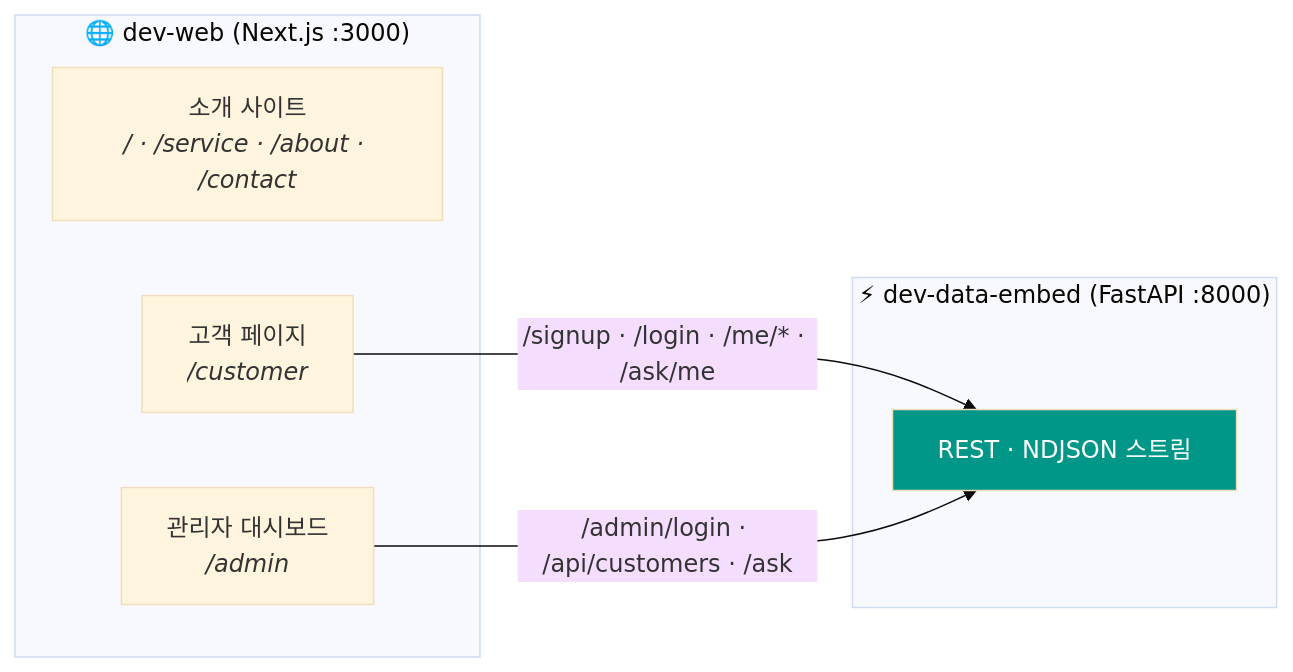
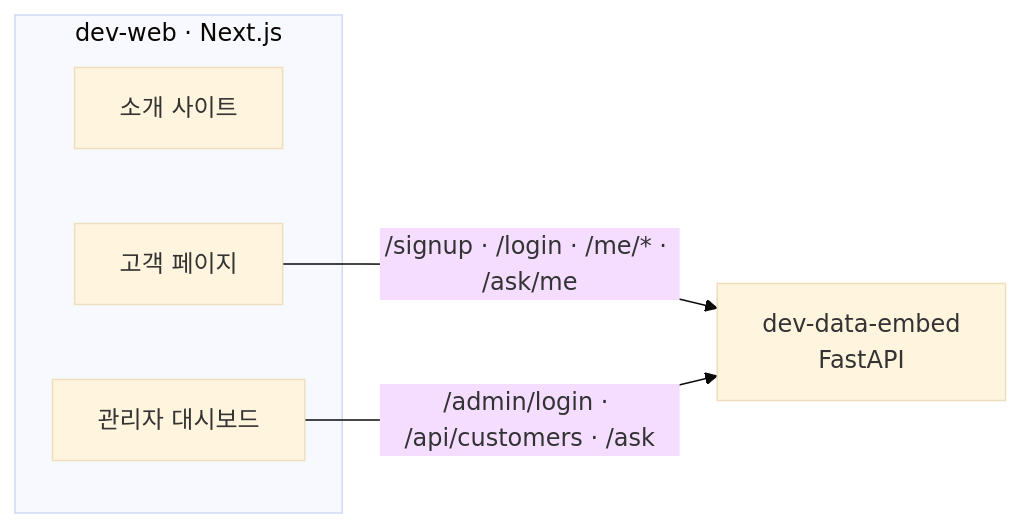
Before and after one commit to TodayWhatDish/dev-web: the diagram in README.md, drawn with Mermaid (base theme). The commit also changed other lines of this file and 4 other files, not shown here.

````diff
--- a/README.md
+++ b/README.md
@@ -79,17 +32,12 @@
 ```mermaid
 flowchart LR
-    subgraph WEB["🌐 dev-web (Next.js :3000)"]
-        SITE["소개 사이트<br/><i>/ · /service · /about · /contact</i>"]
-        C["고객 페이지<br/><i>/customer</i>"]
-        A["관리자 대시보드<br/><i>/admin</i>"]
+    subgraph WEB[dev-web · Next.js]
+        SITE[소개 사이트]
+        C[고객 페이지]
+        A[관리자 대시보드]
     end
 
-    subgraph BE["⚡ dev-data-embed (FastAPI :8000)"]
-        API["REST · NDJSON 스트림"]
-    end
-
-    C -->|"/signup · /login · /me/* · /ask/me"| API
-    A -->|"/admin/login · /api/customers · /ask"| API
-
-    style API fill:#009688,color:#fff
+    C -->|/signup · /login · /me/* · /ask/me| API
+    A -->|/admin/login · /api/customers · /ask| API
+    API[dev-data-embed<br/>FastAPI]
 ```
````
